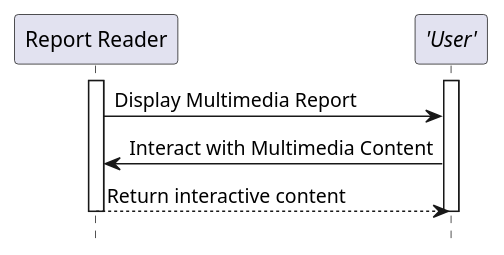
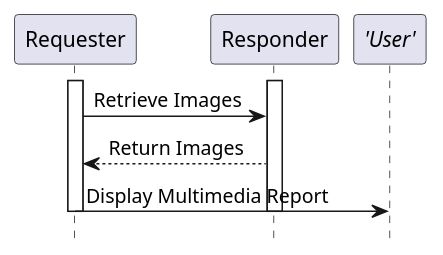
Before and after one commit to IHE/RAD.IMR: the diagram in input/images-source/RAD-Y2-seq.plantuml, drawn with PlantUML. The commit also changed 3 other files, not shown here.

```diff
--- a/input/images-source/RAD-Y2-seq.plantuml
+++ b/input/images-source/RAD-Y2-seq.plantuml
@@ -1,16 +1,17 @@
 @startuml
 
 hide footbox
 
-participant "Report Reader" as Reader
+participant "Requester" as Reader
+participant "Responder" as IM
 participant "//'User'//" as User
 
 activate Reader
-activate User
+activate IM
+Reader->IM: Retrieve Images
+IM-->Reader: Return Images
 Reader->User: Display Multimedia Report
-User->Reader: Interact with Multimedia Content
-Reader-->User: Return interactive content
-deactivate User
+deactivate IM
 deactivate Reader
 
 @enduml
```
